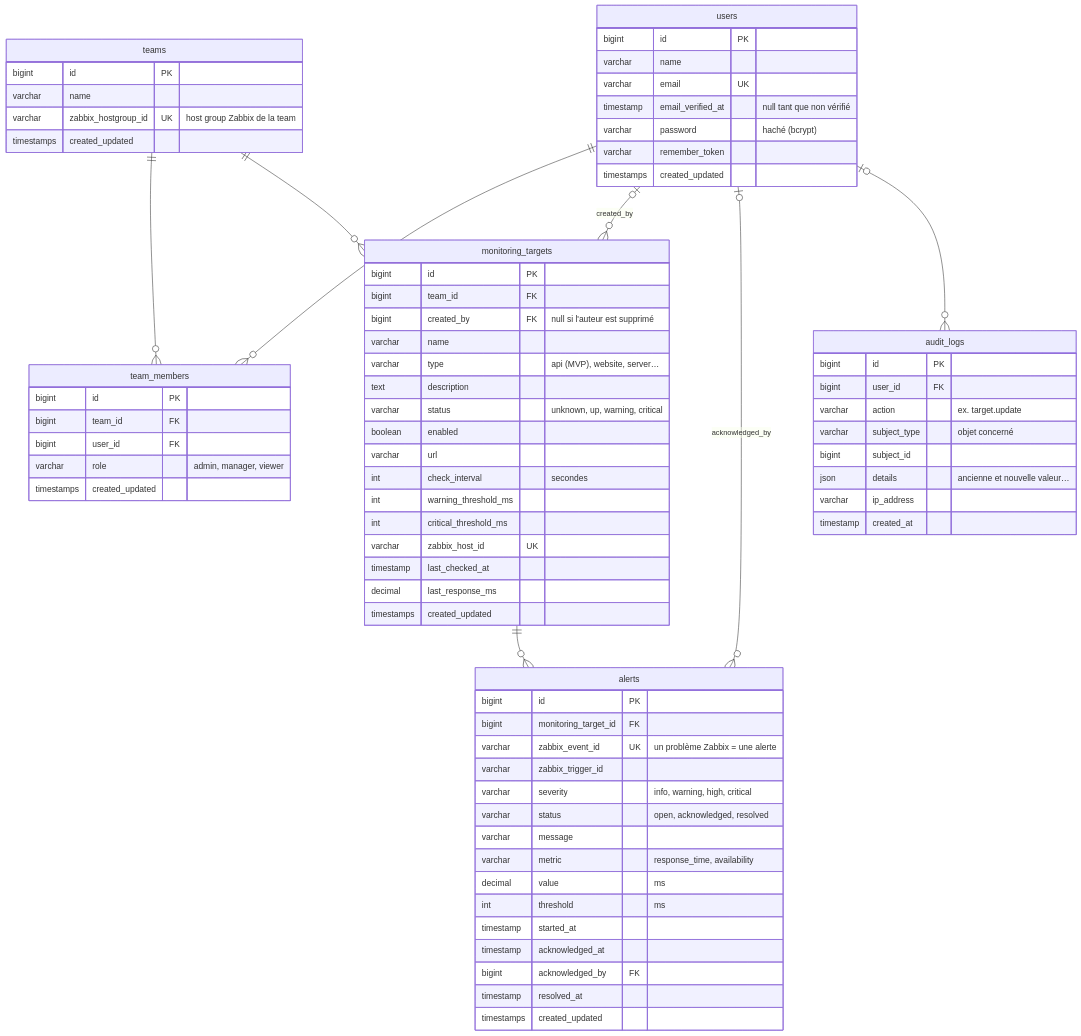
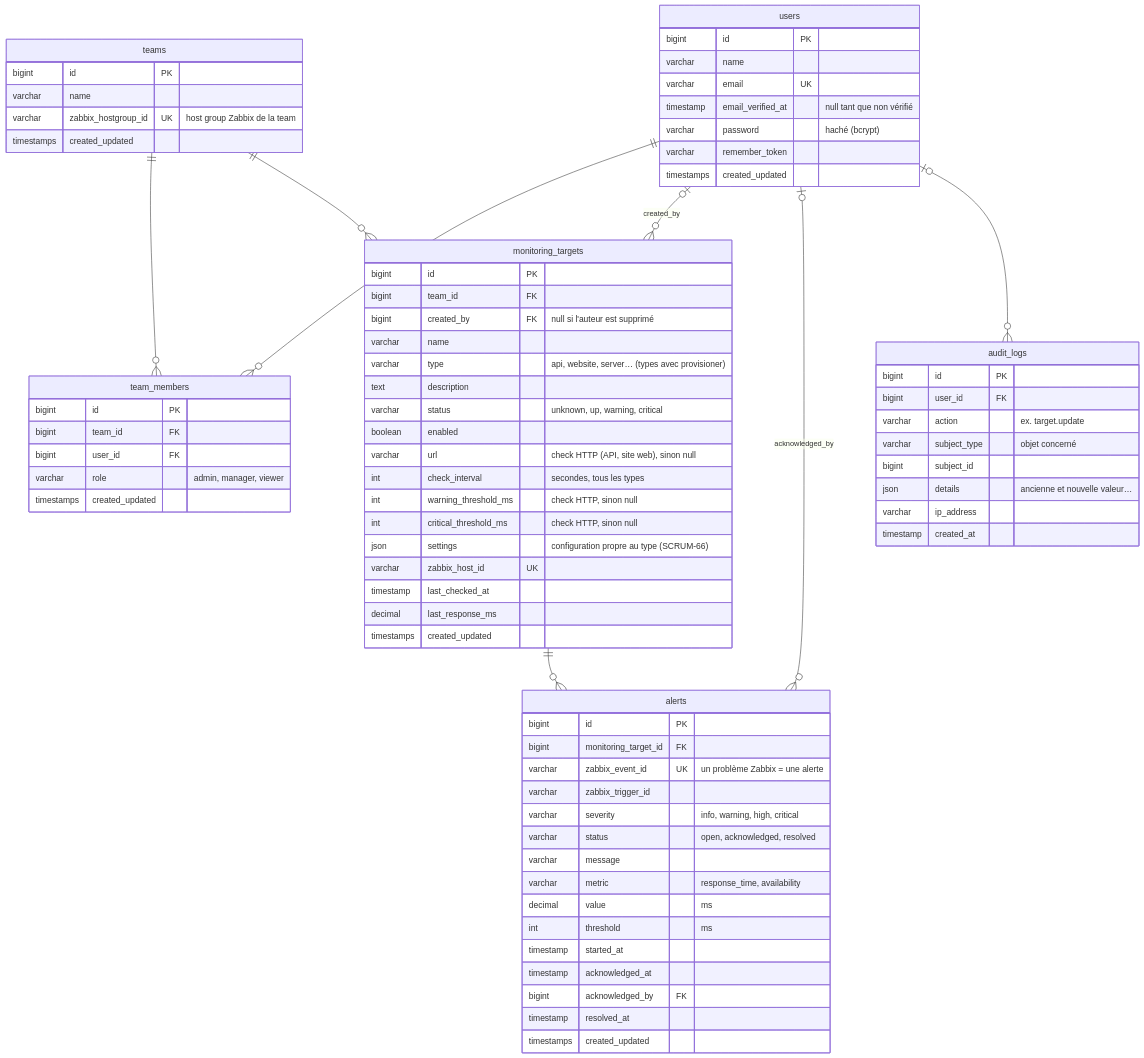
One commit to wissalsaidi/Monitoring-Platform changed the second of 2 diagrams in docs/conception/04-modele-de-donnees.md. Above: the diagram before and after it, drawn with Mermaid. The commit also changed 25 other files, not shown here.

First line of the commit message:
refactor(monitoring): multi-type targets with one Zabbix provisioner per type [SCRUM-66]

````diff
--- a/docs/conception/04-modele-de-donnees.md
+++ b/docs/conception/04-modele-de-donnees.md
@@ -26,78 +26,79 @@
 ```mermaid
 erDiagram
     users {
         bigint id PK
         varchar name
         varchar email UK
         timestamp email_verified_at "null tant que non vérifié"
         varchar password "haché (bcrypt)"
         varchar remember_token
         timestamps created_updated
     }
     teams {
         bigint id PK
         varchar name
         varchar zabbix_hostgroup_id UK "host group Zabbix de la team"
         timestamps created_updated
     }
     team_members {
         bigint id PK
         bigint team_id FK
         bigint user_id FK
         varchar role "admin, manager, viewer"
         timestamps created_updated
     }
     monitoring_targets {
         bigint id PK
         bigint team_id FK
         bigint created_by FK "null si l'auteur est supprimé"
         varchar name
-        varchar type "api (MVP), website, server…"
+        varchar type "api, website, server… (types avec provisioner)"
         text description
         varchar status "unknown, up, warning, critical"
         boolean enabled
-        varchar url
-        int check_interval "secondes"
-        int warning_threshold_ms
-        int critical_threshold_ms
+        varchar url "check HTTP (API, site web), sinon null"
+        int check_interval "secondes, tous les types"
+        int warning_threshold_ms "check HTTP, sinon null"
+        int critical_threshold_ms "check HTTP, sinon null"
+        json settings "configuration propre au type (SCRUM-66)"
         varchar zabbix_host_id UK
         timestamp last_checked_at
         decimal last_response_ms
         timestamps created_updated
     }
     alerts {
         bigint id PK
         bigint monitoring_target_id FK
         varchar zabbix_event_id UK "un problème Zabbix = une alerte"
         varchar zabbix_trigger_id
         varchar severity "info, warning, high, critical"
         varchar status "open, acknowledged, resolved"
         varchar message
         varchar metric "response_time, availability"
         decimal value "ms"
         int threshold "ms"
         timestamp started_at
         timestamp acknowledged_at
         bigint acknowledged_by FK
         timestamp resolved_at
         timestamps created_updated
     }
     audit_logs {
         bigint id PK
         bigint user_id FK
         varchar action "ex. target.update"
         varchar subject_type "objet concerné"
         bigint subject_id
         json details "ancienne et nouvelle valeur…"
         varchar ip_address
         timestamp created_at
     }
 
     users ||--o{ team_members : ""
     teams ||--o{ team_members : ""
     teams ||--o{ monitoring_targets : ""
     users |o--o{ monitoring_targets : "created_by"
     monitoring_targets ||--o{ alerts : ""
     users |o--o{ alerts : "acknowledged_by"
     users |o--o{ audit_logs : ""
 ```
````
